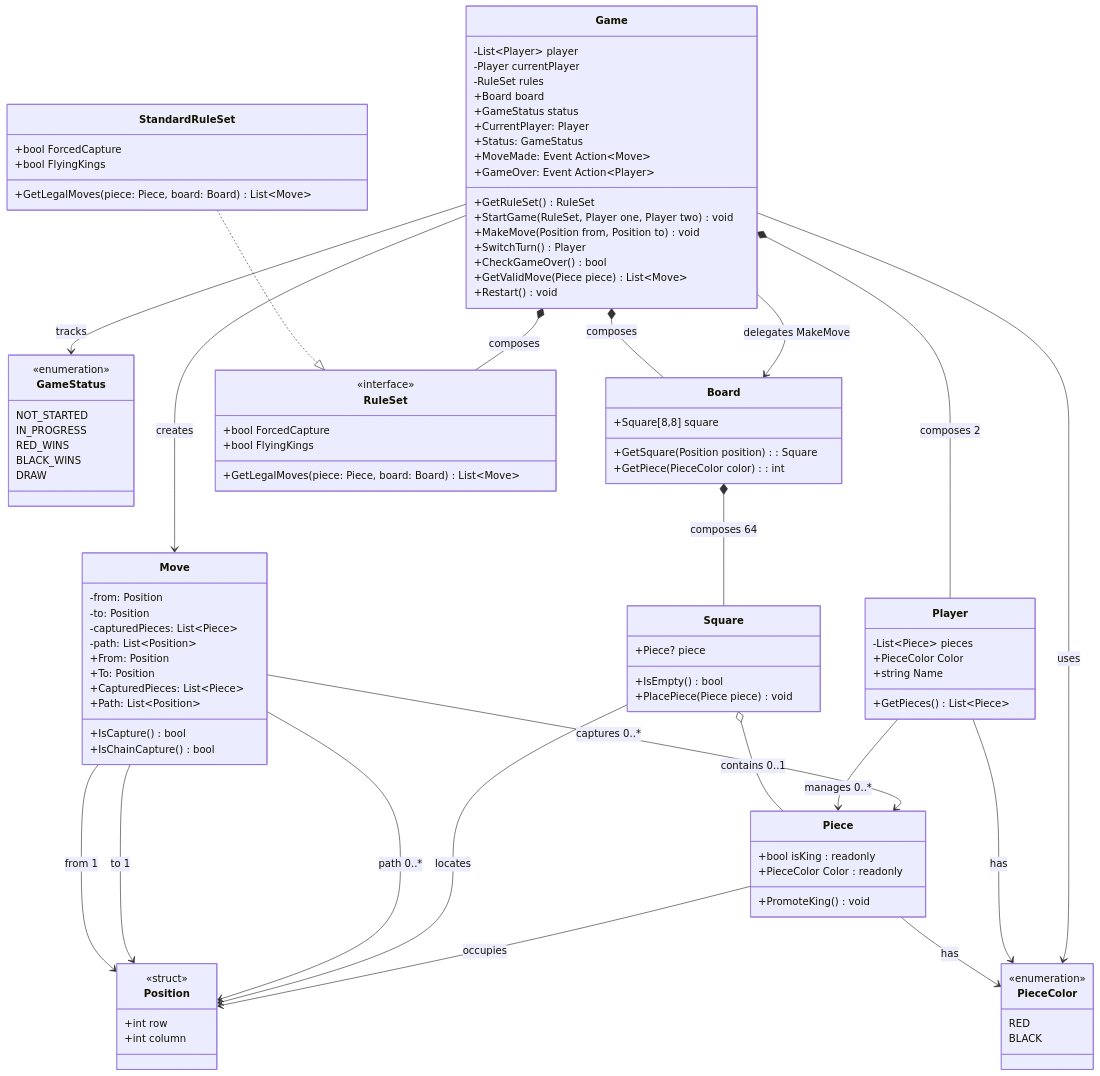
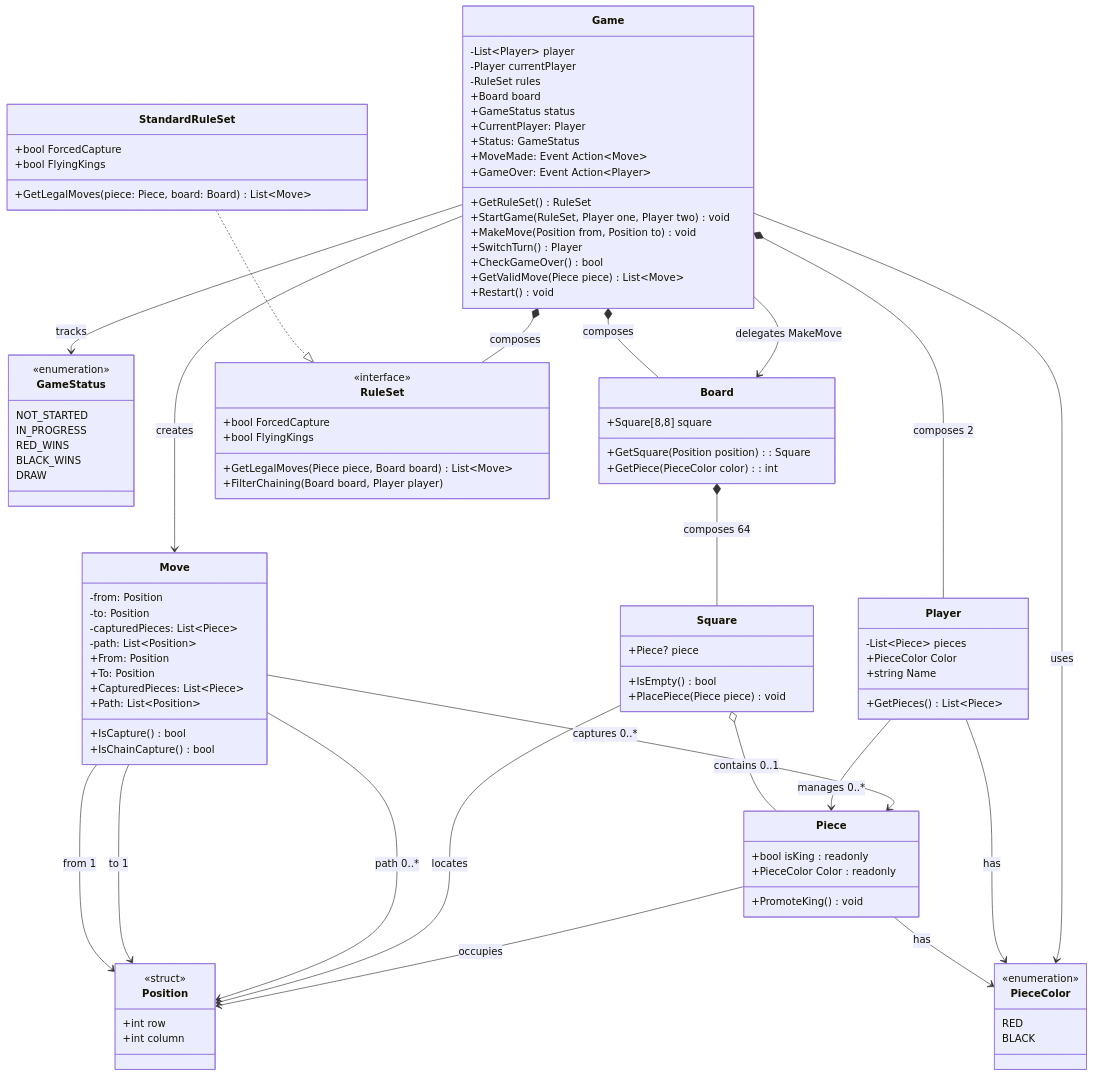
The diagram in CheckersBoardgameClassDiagram/mermaidrevision.md (Dvizio/Batch20), drawn with Mermaid before and after one commit. The commit also changed 1 other file, not shown here.

Commit message:
Solution to Week 2 Circular Problem

```diff
--- a/CheckersBoardgameClassDiagram/mermaidrevision.md
+++ b/CheckersBoardgameClassDiagram/mermaidrevision.md
@@ -64,7 +64,8 @@
     <<interface>>
     +bool ForcedCapture
     +bool FlyingKings
-    +GetLegalMoves(piece: Piece, board: Board) List~Move~
+    +GetLegalMoves(Piece piece, Board board) List~Move~
+    +FilterChaining(Board board, Player player) 
   }
 
   class StandardRuleSet {
```
